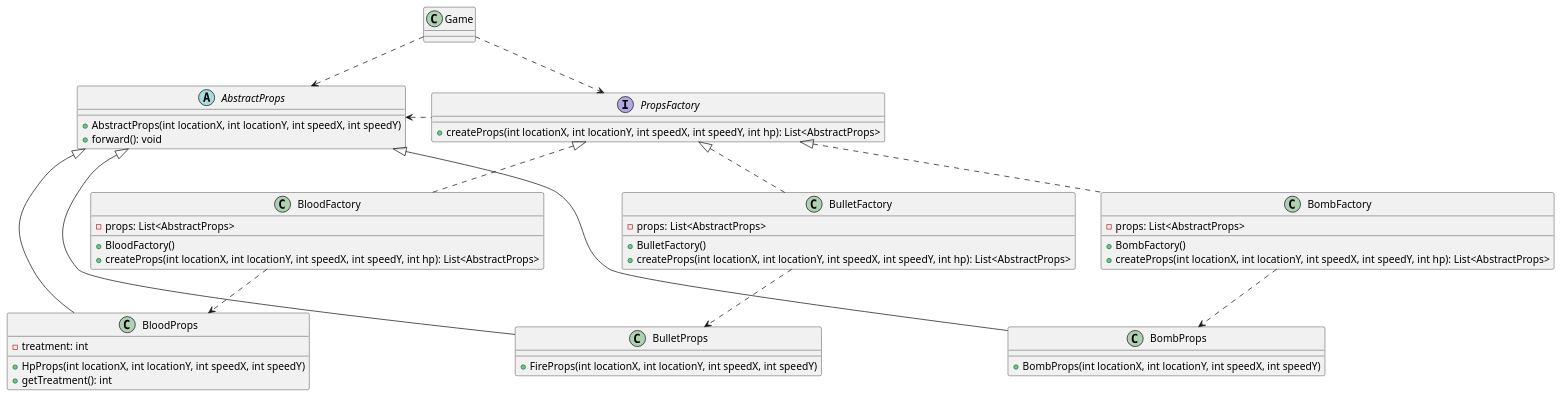
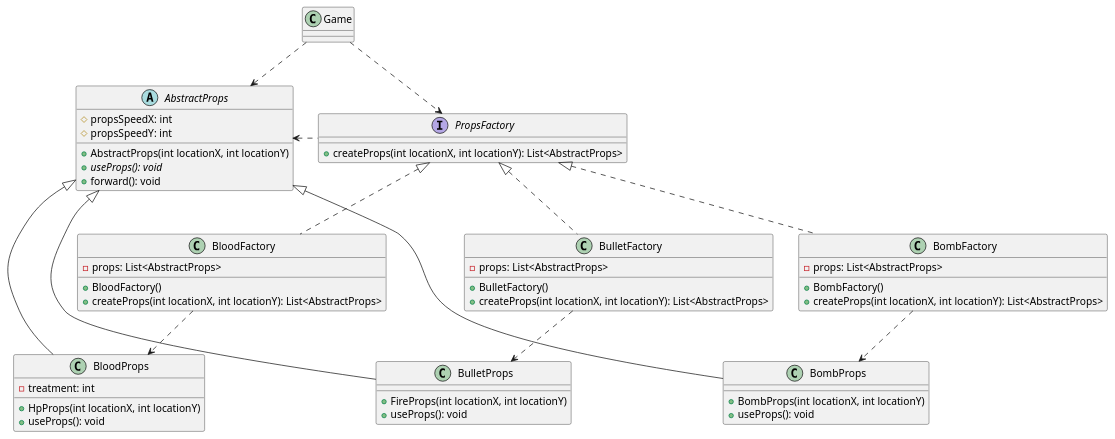
Before and after one commit to Pockern/AircraftWar: the diagram in uml/propsFactory.puml, drawn with PlantUML. The commit also changed 20 other files, not shown here.

```diff
--- a/uml/propsFactory.puml
+++ b/uml/propsFactory.puml
@@ -1,62 +1,65 @@
 @startuml
 'https://plantuml.com/class-diagram
 
 Game ..> PropsFactory
 Game ..> AbstractProps
 
 PropsFactory .left.> AbstractProps
 
 BloodFactory  ..> BloodProps
 BombFactory   ..> BombProps
 BulletFactory ..> BulletProps
 
 class Game {
 
 }
 
 interface PropsFactory {
-    + createProps(int locationX, int locationY, int speedX, int speedY, int hp): List<AbstractProps>
+    + createProps(int locationX, int locationY): List<AbstractProps>
 }
 
 class BloodFactory implements PropsFactory {
     - props: List<AbstractProps>
     + BloodFactory()
-    + createProps(int locationX, int locationY, int speedX, int speedY, int hp): List<AbstractProps>
+    + createProps(int locationX, int locationY): List<AbstractProps>
 }
 
 class BombFactory implements PropsFactory {
     - props: List<AbstractProps>
     + BombFactory()
-    + createProps(int locationX, int locationY, int speedX, int speedY, int hp): List<AbstractProps>
+    + createProps(int locationX, int locationY): List<AbstractProps>
 }
 
 class BulletFactory implements PropsFactory {
     - props: List<AbstractProps>
     + BulletFactory()
-    + createProps(int locationX, int locationY, int speedX, int speedY, int hp): List<AbstractProps>
+    + createProps(int locationX, int locationY): List<AbstractProps>
 }
 
 abstract class AbstractProps {
+    # propsSpeedX: int
+    # propsSpeedY: int
 
-    + AbstractProps(int locationX, int locationY, int speedX, int speedY)
+    + AbstractProps(int locationX, int locationY)
+    + {abstract} useProps(): void
     + forward(): void
 }
 
 class BloodProps extends AbstractProps {
     -treatment: int
 
-    + HpProps(int locationX, int locationY, int speedX, int speedY)
-    + getTreatment(): int
+    + HpProps(int locationX, int locationY)
+    + useProps(): void
 }
 
 class BombProps extends AbstractProps {
-
-    + BombProps(int locationX, int locationY, int speedX, int speedY)
+    + BombProps(int locationX, int locationY)
+    + useProps(): void
 }
 
 class BulletProps extends AbstractProps {
-
-    + FireProps(int locationX, int locationY, int speedX, int speedY)
+    + FireProps(int locationX, int locationY)
+    + useProps(): void
 }
 
 @enduml
```
